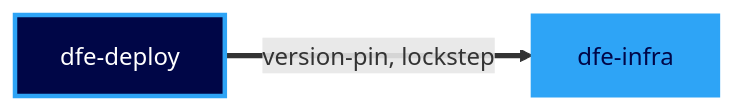
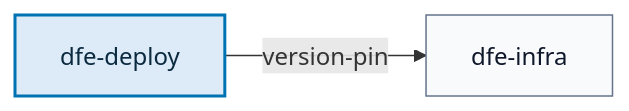
One commit to hyperi-io/dfe-infra changed diagram 12 of 19 in docs/suite-graph.md. Above: the diagram before and after it, drawn with Mermaid. The commit also changed other lines of this file and 5 other files, not shown here.

First line of the commit message:
fix(suite-graph): draw the suite diagrams to the diagram standard

````diff
--- a/docs/suite-graph.md
+++ b/docs/suite-graph.md
@@ -278,8 +389,14 @@
 ```mermaid
 flowchart LR
-  dfe_deploy["dfe-deploy"]:::producer
-  dfe_infra["dfe-infra"]:::suite
-  dfe_deploy ==>|version-pin, lockstep| dfe_infra
-  classDef suite fill:#2EA4F6,stroke:#2EA4F6,stroke-width:2px,color:#000647
-  classDef producer fill:#000647,stroke:#2EA4F6,stroke-width:3px,color:#FFFFFF
+    accTitle: L4 Detail -- dfe-deploy build cycle
+    accDescr: A dfe-deploy release puts 1 consumer in motion. dfe-infra takes version-pin.
+
+    dfe_deploy["dfe-deploy"]
+    dfe_infra["dfe-infra"]
+
+    dfe_deploy -->|version-pin| dfe_infra
+
+    classDef default fill:#F8FAFC,stroke:#64748B,stroke-width:1px,color:#0F172A
+    classDef core fill:#DCEBF7,stroke:#0072B2,stroke-width:2px,color:#0B2A3F
+    class dfe_deploy core
 ```
````
